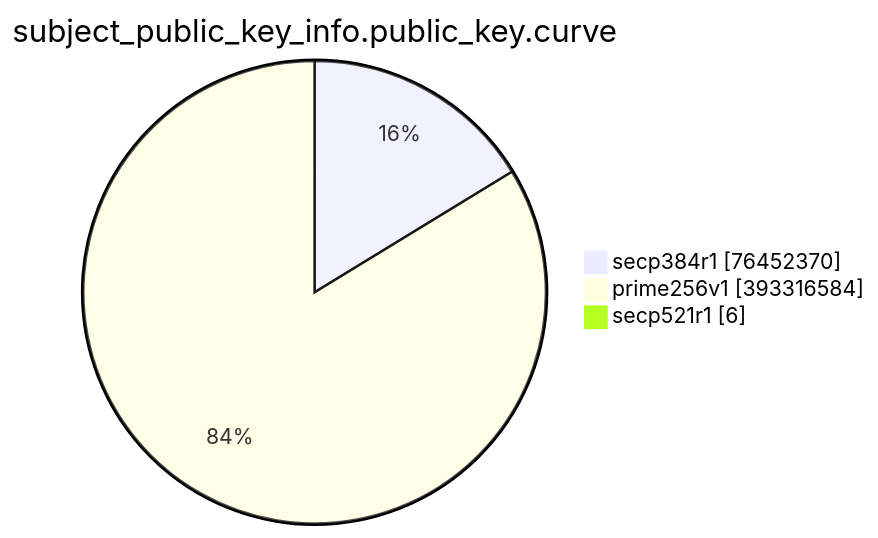
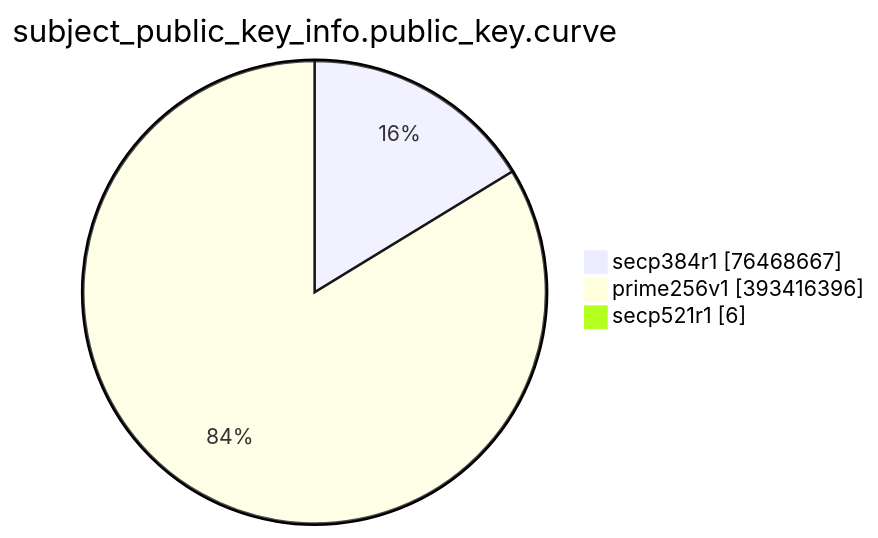
One commit to christiankrug/ctmonitor_visualization changed the eighth of 15 diagrams in TOTAL/README.md. Above: the diagram before and after it, drawn with Mermaid. The commit also changed other lines of this file, not shown here.

````diff
--- a/TOTAL/README.md
+++ b/TOTAL/README.md
@@ -3094,7 +3094,7 @@
 ```mermaid
 pie showData
 title subject_public_key_info.public_key.curve
-"secp384r1" :76452370
-"prime256v1" :393316584
+"secp384r1" :76468667
+"prime256v1" :393416396
 "secp521r1" :6
 ```
````
